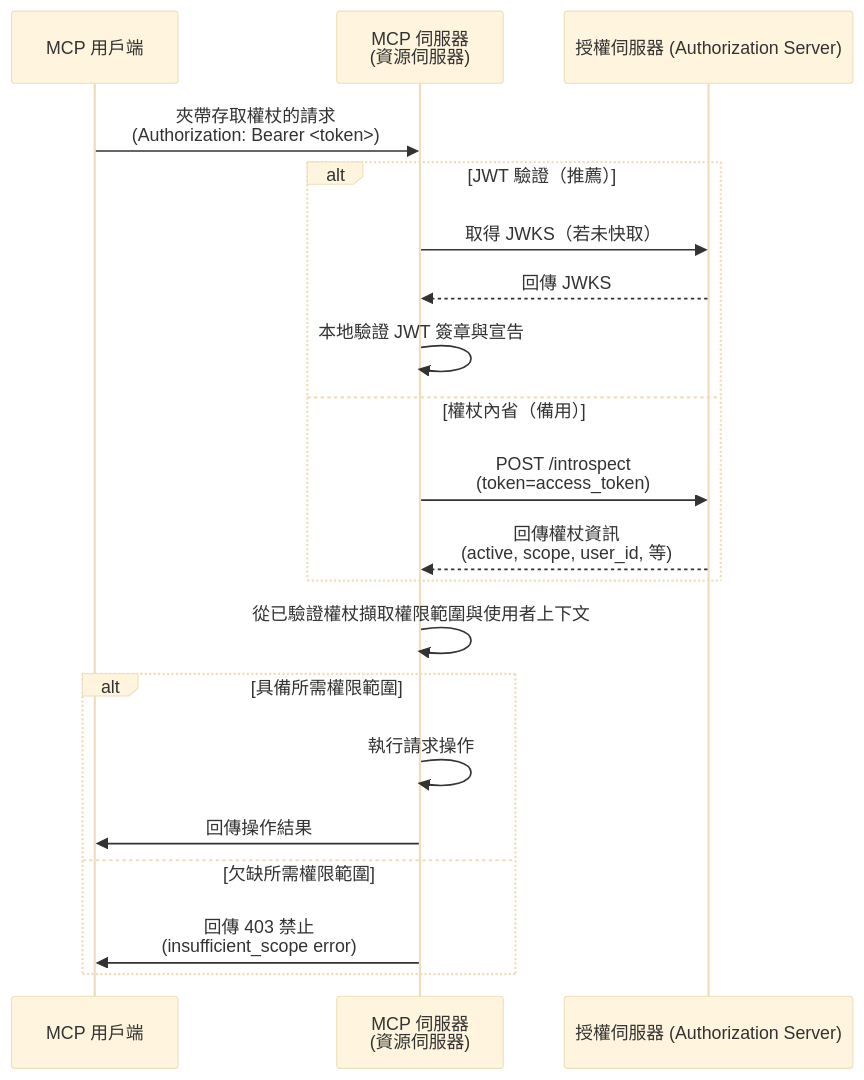
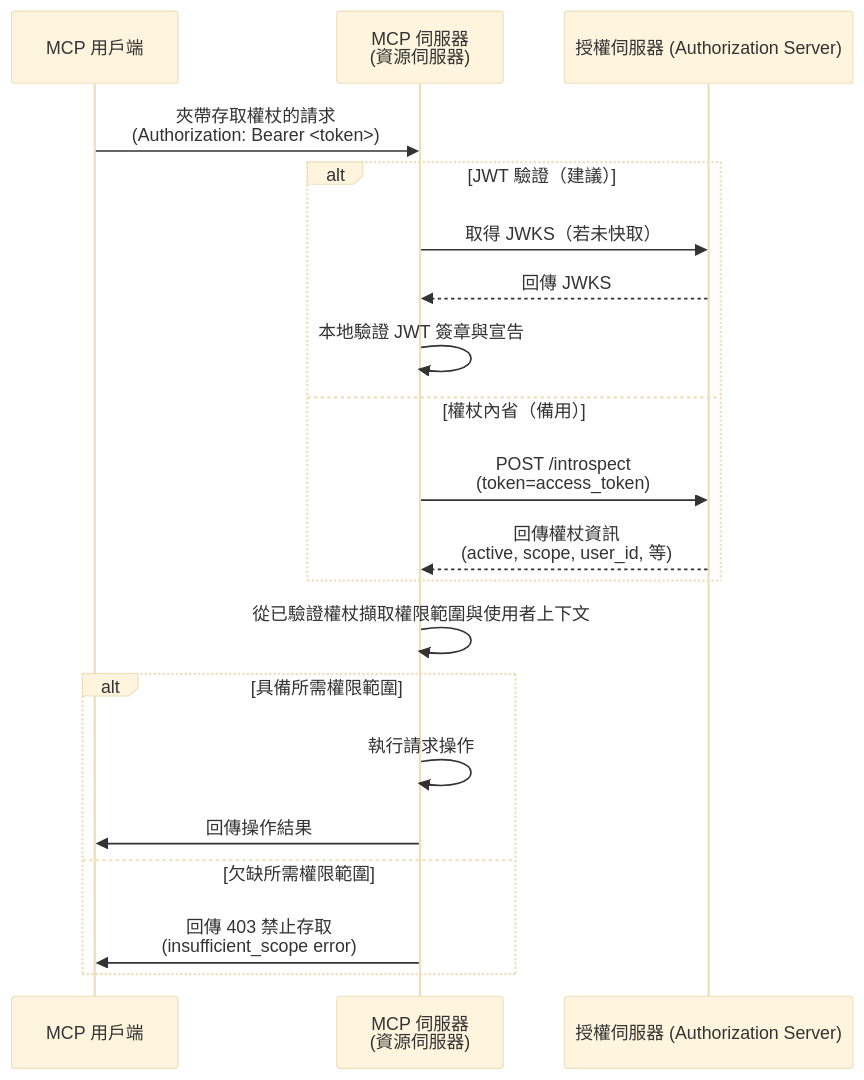
The second of 2 diagrams in i18n/zh-TW/docusaurus-plugin-content-docs/current/tutorials/todo-manager/README.mdx (mcp-auth/docs), drawn with Mermaid (base theme) before and after one commit. The commit also changed other lines of this file and 18 other files, not shown here.

````diff
--- a/i18n/zh-TW/docusaurus-plugin-content-docs/current/tutorials/todo-manager/README.mdx
+++ b/i18n/zh-TW/docusaurus-plugin-content-docs/current/tutorials/todo-manager/README.mdx
@@ -136,26 +137,26 @@
 ```mermaid
 sequenceDiagram
     participant Client as MCP 用戶端
     participant Server as MCP 伺服器<br/>(資源伺服器)
     participant Auth as 授權伺服器 (Authorization Server)
 
     Client->>Server: 夾帶存取權杖的請求<br/>(Authorization: Bearer <token>)
 
-    alt JWT 驗證（推薦）
+    alt JWT 驗證（建議）
         Server->>Auth: 取得 JWKS（若未快取）
         Auth-->>Server: 回傳 JWKS
         Server->>Server: 本地驗證 JWT 簽章與宣告
     else 權杖內省（備用）
         Server->>Auth: POST /introspect<br/>(token=access_token)
         Auth-->>Server: 回傳權杖資訊<br/>(active, scope, user_id, 等)
     end
 
     Server->>Server: 從已驗證權杖擷取權限範圍與使用者上下文
 
     alt 具備所需權限範圍
         Server->>Server: 執行請求操作
         Server->>Client: 回傳操作結果
     else 欠缺所需權限範圍
-        Server->>Client: 回傳 403 禁止<br/>(insufficient_scope error)
+        Server->>Client: 回傳 403 禁止存取<br/>(insufficient_scope error)
     end
 ```
````
